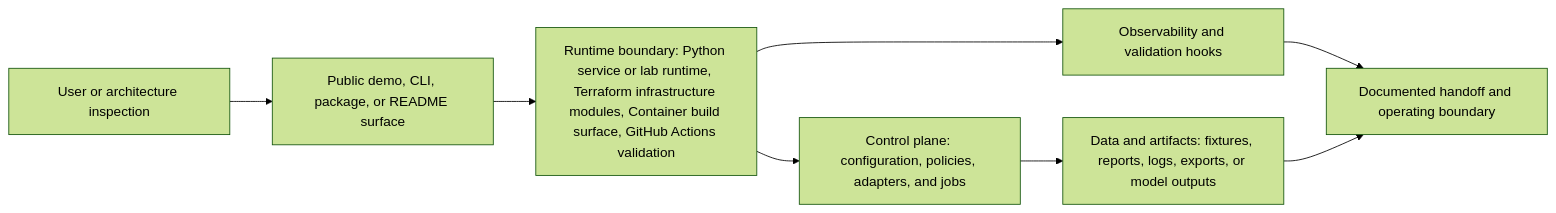
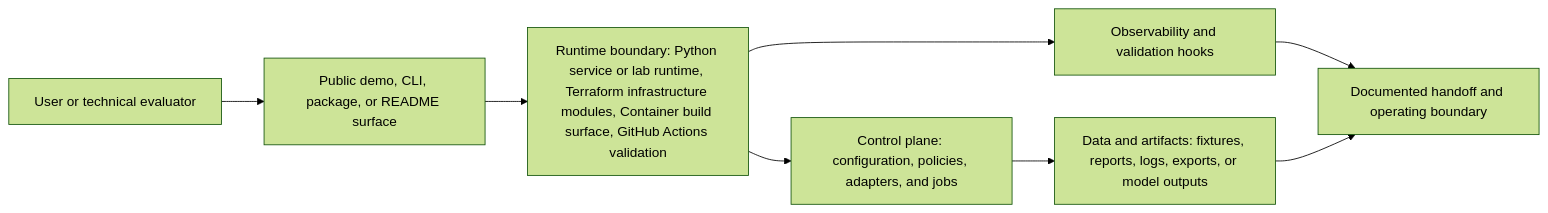
One commit to KIM3310/SteadyTap changed the diagram in docs/system-architecture.md. Above: the diagram before and after it, drawn with Mermaid (forest theme). The commit also changed 23 other files, not shown here.

Commit message:
chore: refine architecture and operational docs

````diff
--- a/docs/system-architecture.md
+++ b/docs/system-architecture.md
@@ -18,10 +18,10 @@
 ```mermaid
 flowchart LR
-    User["User or architecture inspection"] --> Surface["Public demo, CLI, package, or README surface"]
+    User["User or technical evaluator"] --> Surface["Public demo, CLI, package, or README surface"]
     Surface --> Runtime["Runtime boundary: Python service or lab runtime, Terraform infrastructure modules, Container build surface, GitHub Actions validation"]
     Runtime --> Control["Control plane: configuration, policies, adapters, and jobs"]
     Control --> Data["Data and artifacts: fixtures, reports, logs, exports, or model outputs"]
     Runtime --> Observability["Observability and validation hooks"]
     Observability --> Handoff["Documented handoff and operating boundary"]
     Data --> Handoff
 ```
````
